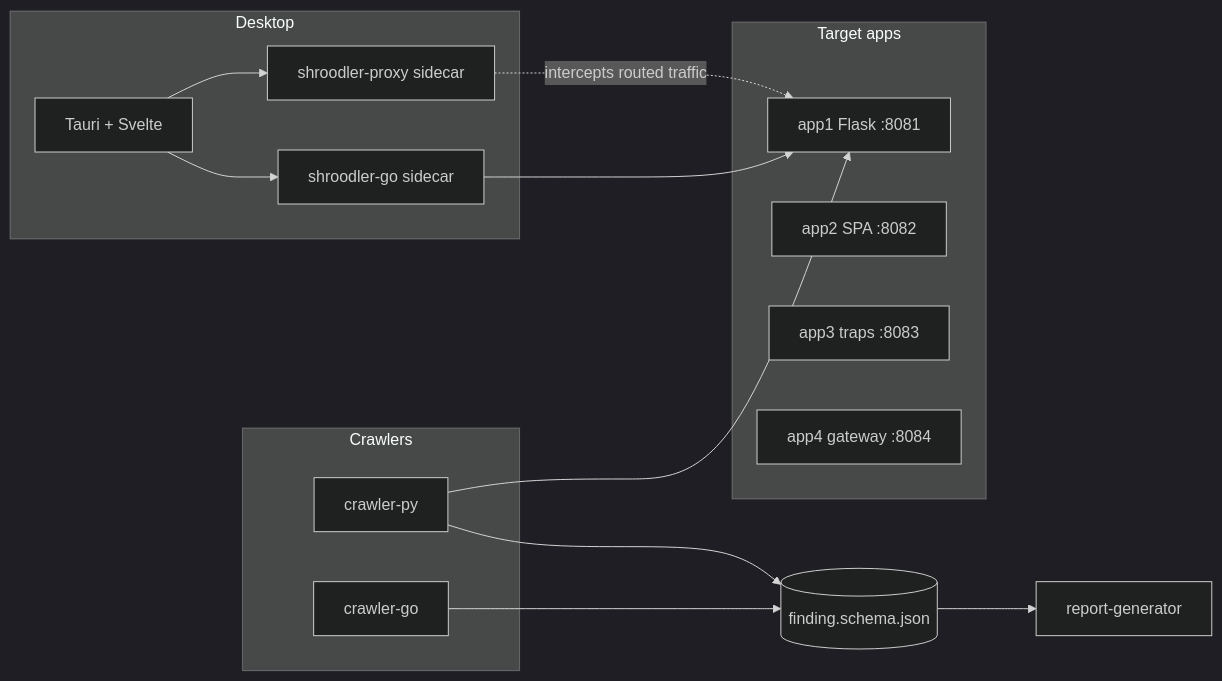
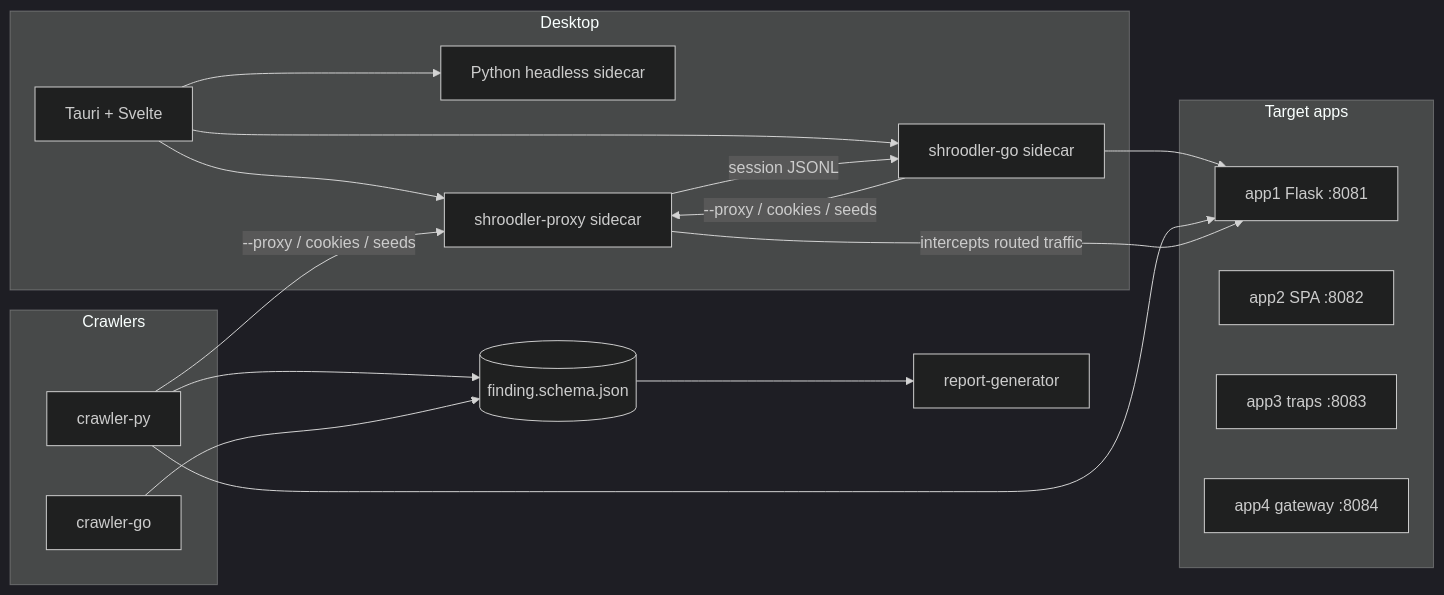
The diagram in README.md (Fantastic-Fanta/Shroodler), drawn with Mermaid (dark theme) before and after one commit. The commit also changed other lines of this file, not shown here.

Commit message:
Document CLI package install, auth crawling, and proxy fusion flags.

````diff
--- a/README.md
+++ b/README.md
@@ -7,26 +7,31 @@
 ```mermaid
 flowchart LR
   subgraph targets [Target apps]
     A1[app1 Flask :8081]
     A2[app2 SPA :8082]
     A3[app3 traps :8083]
     A4[app4 gateway :8084]
   end
   subgraph crawlers [Crawlers]
     PY[crawler-py]
     GO[crawler-go]
   end
   subgraph desktop [Desktop]
     UI[Tauri + Svelte]
     GO2[shroodler-go sidecar]
+    PY2[Python headless sidecar]
     PX[shroodler-proxy sidecar]
   end
   PY --> JSON[(finding.schema.json)]
   GO --> JSON
   JSON --> RG[report-generator]
   UI --> GO2
+  UI --> PY2
   UI --> PX
+  GO2 -->|"--proxy / cookies / seeds"| PX
   GO2 --> A1
+  PY -->|"--proxy / cookies / seeds"| PX
   PY --> A1
-  PX -.->|intercepts routed traffic| A1
+  PX -->|intercepts routed traffic| A1
+  PX -->|session JSONL| GO2
 ```
````
